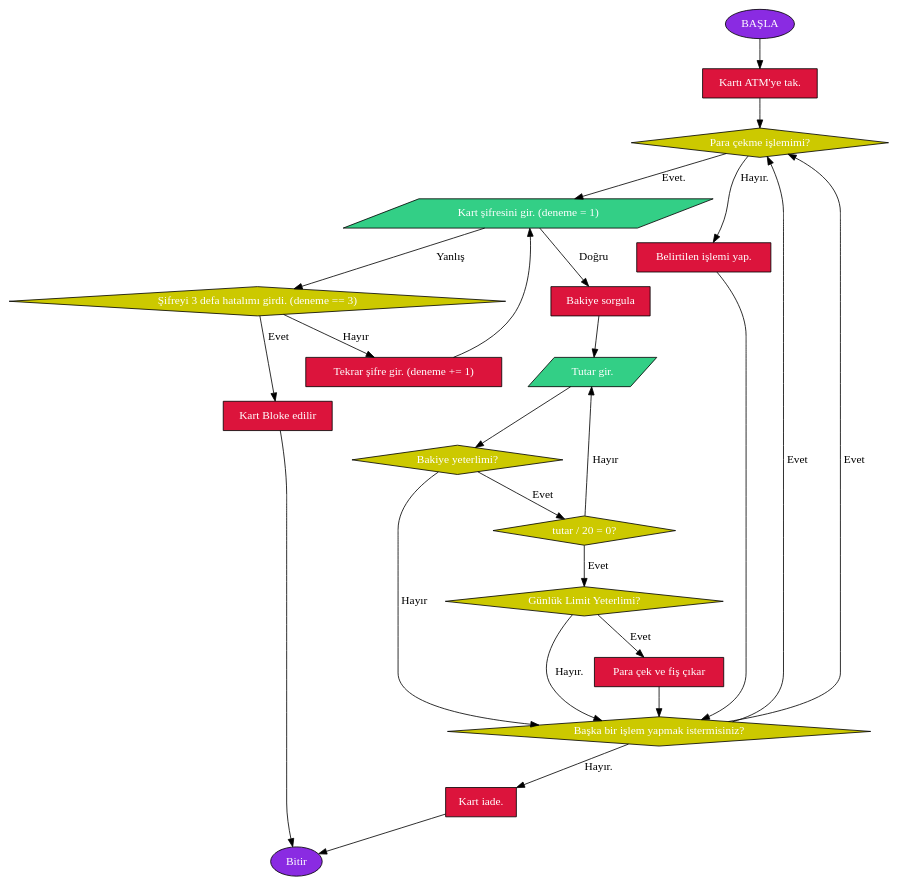
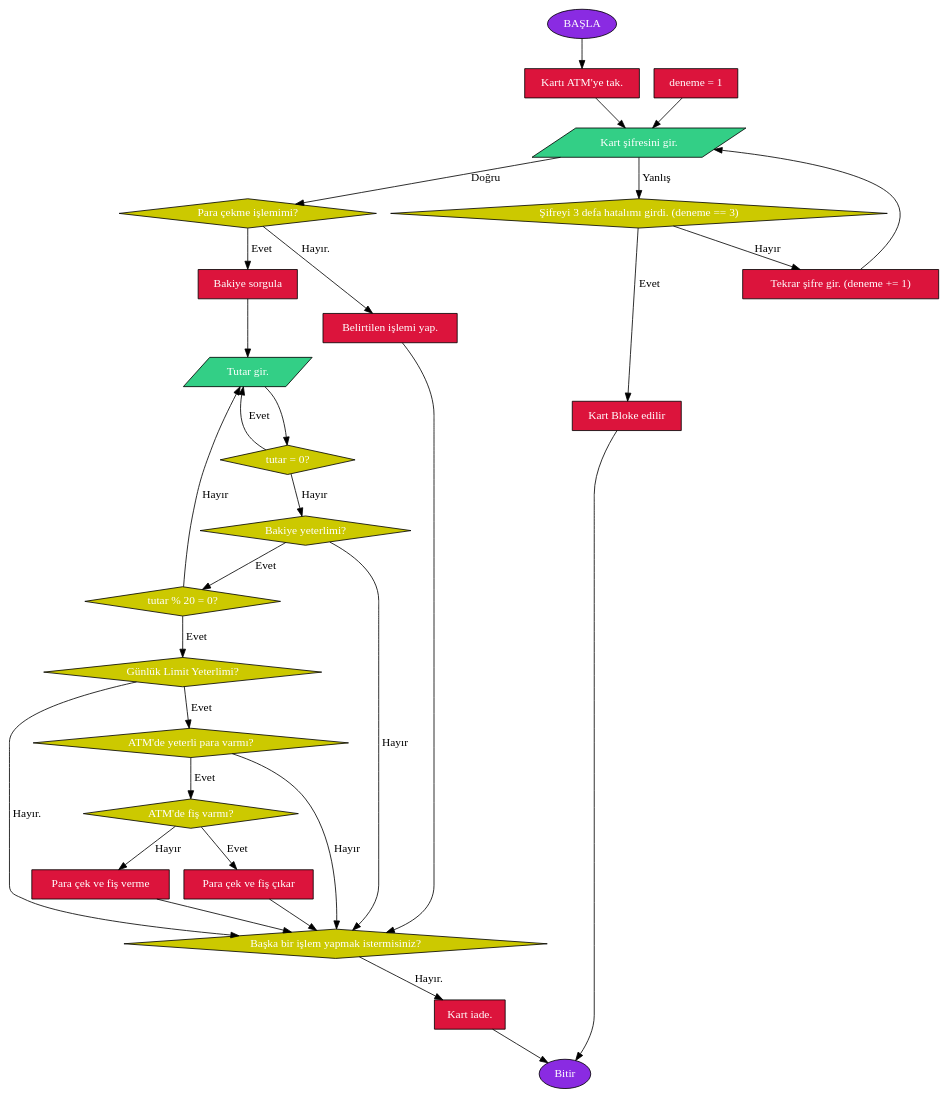
One commit to FiratUniversity-FerhatUcarsLAB/hafta-02-flowcharts-skulleven changed the diagram in TASK-1/flowchart.dot. Above: the diagram before and after it, drawn with Graphviz. The commit also changed 4 other files, not shown here.

```diff
--- a/TASK-1/flowchart.dot
+++ b/TASK-1/flowchart.dot
@@ -1,45 +1,55 @@
 digraph G {
     rankdir=TB;
     start [shape=oval, label="BAŞLA" style="filled", fillcolor=blueviolet, fontcolor=white];
     kart [shape=rectangle label="Kartı ATM'ye tak." style="filled", fillcolor=crimson, fontcolor=white]
     islem [shape=diamond label="Para çekme işlemimi?"style="filled", fillcolor="#ccc900", fontcolor=white]
     baskaislem [shape=rectangle label="Belirtilen işlemi yap." style="filled", fillcolor=crimson, fontcolor=white]
-    sifre [shape=parallelogram label="Kart şifresini gir. (deneme = 1)" style="filled", fillcolor="#33cf86", fontcolor=white]
+    deneme [shape=rectangle label="deneme = 1" style="filled", fillcolor=crimson, fontcolor=white]
+    sifre [shape=parallelogram label="Kart şifresini gir." style="filled", fillcolor="#33cf86", fontcolor=white]
     sifreyanlis [shape=diamond label="Şifreyi 3 defa hatalımı girdi. (deneme == 3)" style="filled", fillcolor="#ccc900", fontcolor=white]
     sifreyanlisbloke [shape=rectangle label="Kart Bloke edilir" style="filled", fillcolor=crimson, fontcolor=white]
     sifreyanlishakkivar[shape=rectangle label="Tekrar şifre gir. (deneme += 1)" style="filled", fillcolor=crimson, fontcolor=white]
     sifredogru [shape=rectangle label="Bakiye sorgula" style="filled", fillcolor=crimson, fontcolor=white]
     tutar [shape=parallelogram label="Tutar gir." style="filled", fillcolor="#33cf86", fontcolor=white]
     bakiyekontrol [shape=diamond label="Bakiye yeterlimi?" style="filled", fillcolor="#ccc900", fontcolor=white]
-    bakiyeyeterli [shape=diamond label="tutar / 20 = 0?" style="filled", fillcolor="#ccc900", fontcolor=white]
+    bakiyeyeterli [shape=diamond label="tutar % 20 = 0?" style="filled", fillcolor="#ccc900", fontcolor=white]
+    tutargecerli [shape=diamond label="tutar = 0?" style="filled", fillcolor="#ccc900", fontcolor=white]
     yirmininkati [shape=diamond label="Günlük Limit Yeterlimi?" style="filled", fillcolor="#ccc900", fontcolor=white]
     limityeterli [shape=rectangle label="Para çek ve fiş çıkar"style="filled", fillcolor=crimson, fontcolor=white]
+    limityeterli2 [shape=rectangle label="Para çek ve fiş verme"style="filled", fillcolor=crimson, fontcolor=white]
     baskabirislem [shape=diamond label="Başka bir işlem yapmak istermisiniz?" style="filled", fillcolor="#ccc900", fontcolor=white]
     kartiade [shape=rectangle label="Kart iade."style="filled", fillcolor=crimson, fontcolor=white]
     Bitir [shape= oval style="filled", fillcolor=blueviolet, fontcolor=white]
-
+    yeterliparavarmi [shape=diamond, label="ATM'de yeterli para varmı?" style="filled", fillcolor="#ccc900", fontcolor=white]
+    fisvarmi [shape=diamond label="ATM'de fiş varmı?" style="filled", fillcolor="#ccc900", fontcolor=white]
 
     start -> kart;
-    kart -> islem
+    kart -> sifre
     islem -> baskaislem [label="Hayır."]
-    islem -> sifre [label="Evet."]
+    islem -> sifredogru [label="Evet"]
+    deneme -> sifre
     sifre -> sifreyanlis [label="Yanlış"]
     sifreyanlis -> sifreyanlisbloke [label="Evet"]
     sifreyanlis -> sifreyanlishakkivar [label="Hayır"]
     sifreyanlishakkivar -> sifre
-    sifre -> sifredogru [label="Doğru"]
-    sifredogru -> tutar -> bakiyekontrol
+    sifre -> islem [label="Doğru"]
+    sifredogru -> tutar -> tutargecerli
+    tutargecerli -> bakiyekontrol [label="Hayır"]
+    tutargecerli -> tutar [label="Evet"]
     bakiyekontrol -> baskabirislem [label="Hayır"]
     bakiyekontrol -> bakiyeyeterli [label="Evet"]
     bakiyeyeterli -> tutar [label="Hayır"]
     bakiyeyeterli -> yirmininkati [label="Evet"]
-    yirmininkati -> limityeterli [label="Evet"]
+    yirmininkati -> yeterliparavarmi [label="Evet"]
+    yeterliparavarmi -> baskabirislem [label="Hayır"]
+    yeterliparavarmi -> fisvarmi [label="Evet"]
+    fisvarmi -> limityeterli [label="Evet"]
+    fisvarmi -> limityeterli2 [label="Hayır"]
+    limityeterli2 -> baskabirislem
     yirmininkati -> baskabirislem [label="Hayır."]
     limityeterli -> baskabirislem
-    baskabirislem -> islem [label="Evet"]
     baskabirislem -> kartiade [label="Hayır."]
     baskaislem -> baskabirislem
-    baskabirislem -> islem [label="Evet"]
     kartiade -> Bitir 
     sifreyanlisbloke -> Bitir
 }
```
